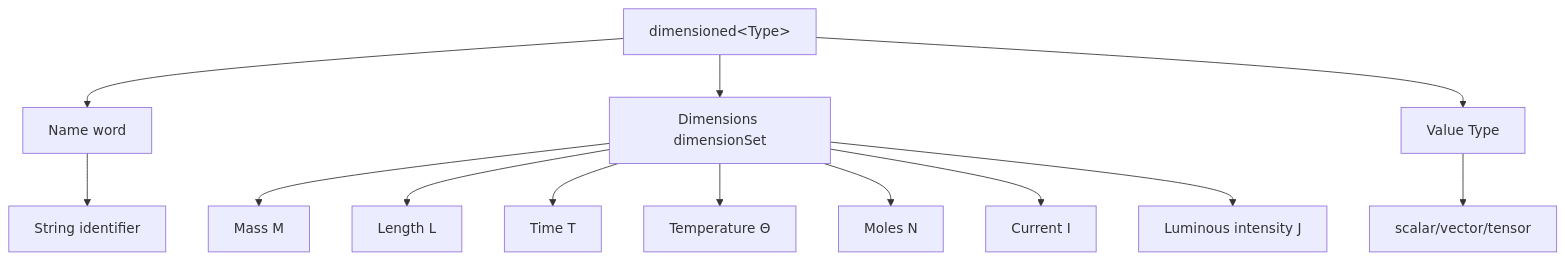
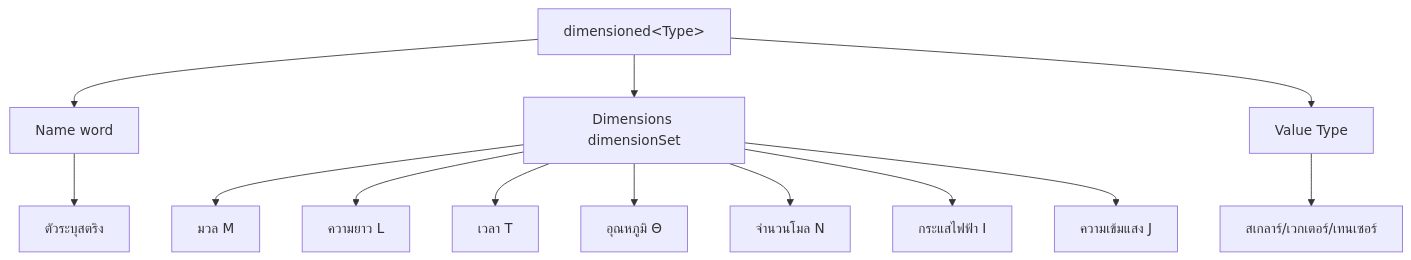
The diagram in MODULE_05_OPENFOAM_PROGRAMMING/CONTENT/02_DIMENSIONED_TYPES/03_Implementation_Mechanisms.md (wramet/build-my-cfd), drawn with Mermaid before and after one commit. The commit also changed other lines of this file and 104 other files, not shown here.

````diff
--- a/MODULE_05_OPENFOAM_PROGRAMMING/CONTENT/02_DIMENSIONED_TYPES/03_Implementation_Mechanisms.md
+++ b/MODULE_05_OPENFOAM_PROGRAMMING/CONTENT/02_DIMENSIONED_TYPES/03_Implementation_Mechanisms.md
@@ -34,16 +34,16 @@
 ```mermaid
 graph TD
     A["dimensioned&lt;Type&gt;"] --> B["Name word"]
     A --> C["Dimensions dimensionSet"]
     A --> D["Value Type"]
 
-    B --> B1["String identifier"]
-    C --> C1["Mass M"]
-    C --> C2["Length L"]
-    C --> C3["Time T"]
-    C --> C4["Temperature Θ"]
-    C --> C5["Moles N"]
-    C --> C6["Current I"]
-    C --> C7["Luminous intensity J"]
-    D --> D1["scalar/vector/tensor"]
+    B --> B1["ตัวระบุสตริง"]
+    C --> C1["มวล M"]
+    C --> C2["ความยาว L"]
+    C --> C3["เวลา T"]
+    C --> C4["อุณหภูมิ Θ"]
+    C --> C5["จำนวนโมล N"]
+    C --> C6["กระแสไฟฟ้า I"]
+    C --> C7["ความเข้มแสง J"]
+    D --> D1["สเกลาร์/เวกเตอร์/เทนเซอร์"]
 ```
````
